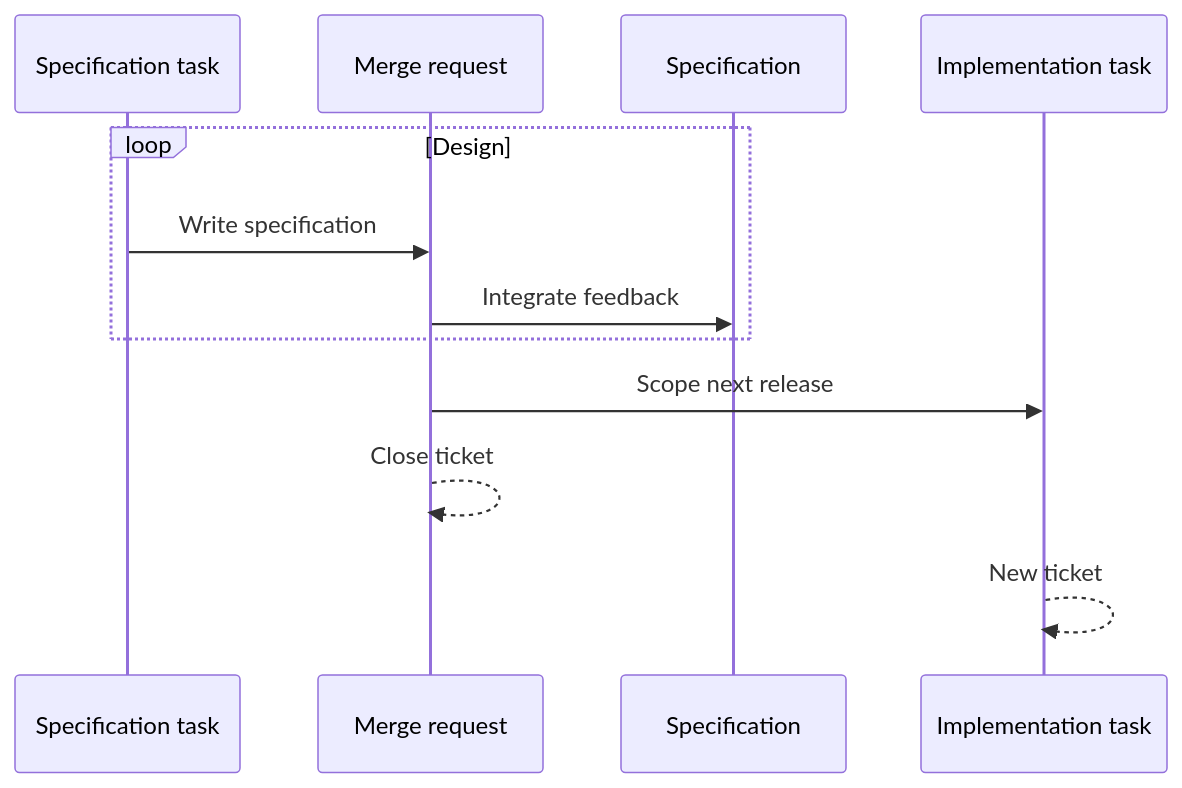
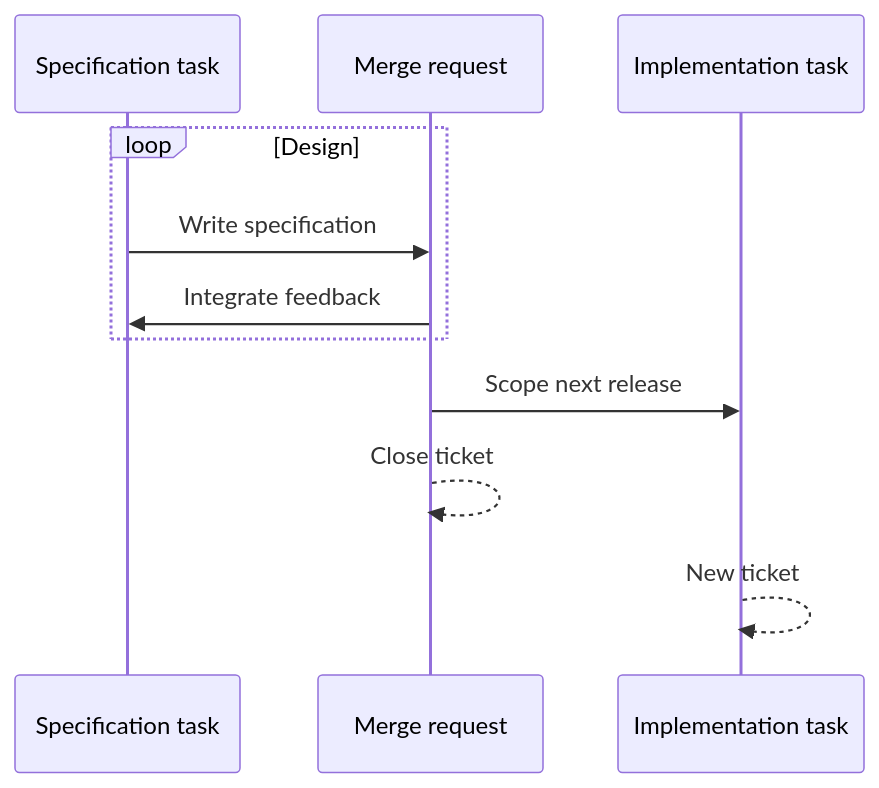
One commit to vegaprotocol/specs changed the first of 2 diagrams in README.md. Above: the diagram before and after it, drawn with Mermaid. The commit also changed other lines of this file, not shown here.

````diff
--- a/README.md
+++ b/README.md
@@ -38,10 +38,10 @@
 ```mermaid
 sequenceDiagram
     loop Design
         Specification task->>Merge request: Write specification
-Merge request->>Specification: Integrate feedback    
+Merge request->>Specification task: Integrate feedback    
     end
 Merge request->>Implementation task: Scope next release
         Merge request -->>Merge request: Close ticket
         Implementation task -->>Implementation task: New ticket 
 ```
````
